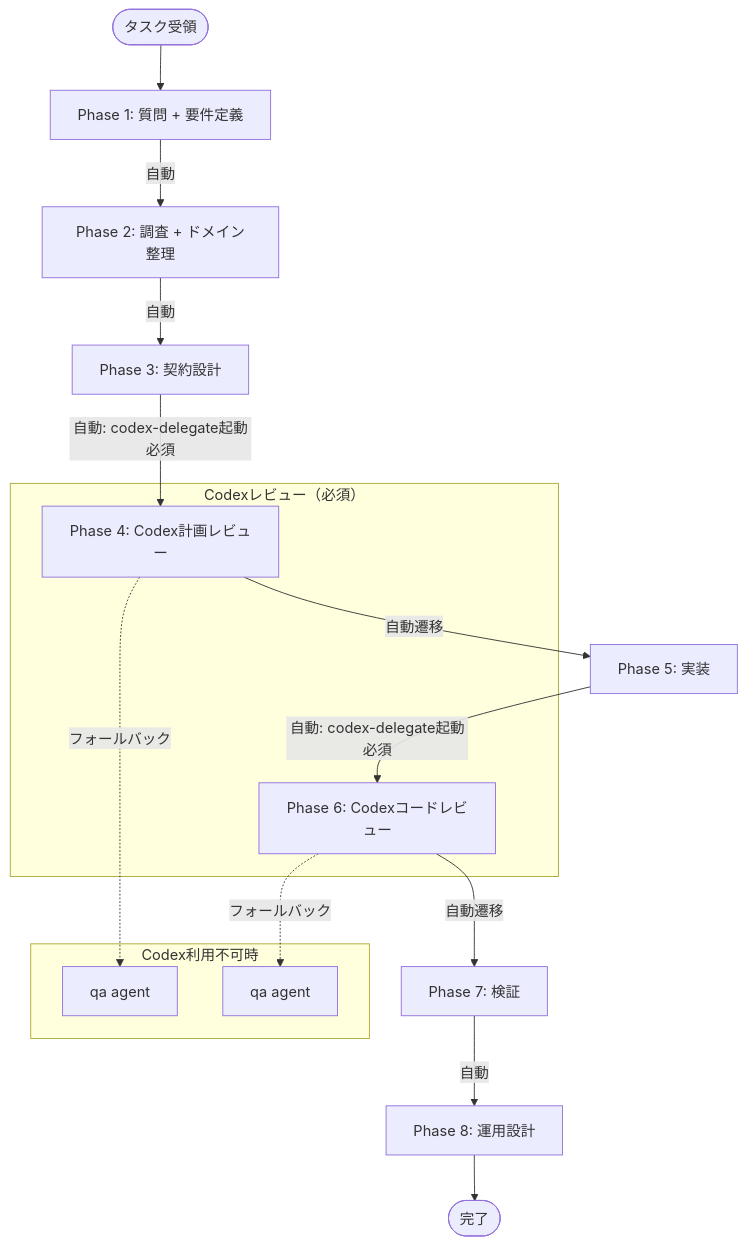
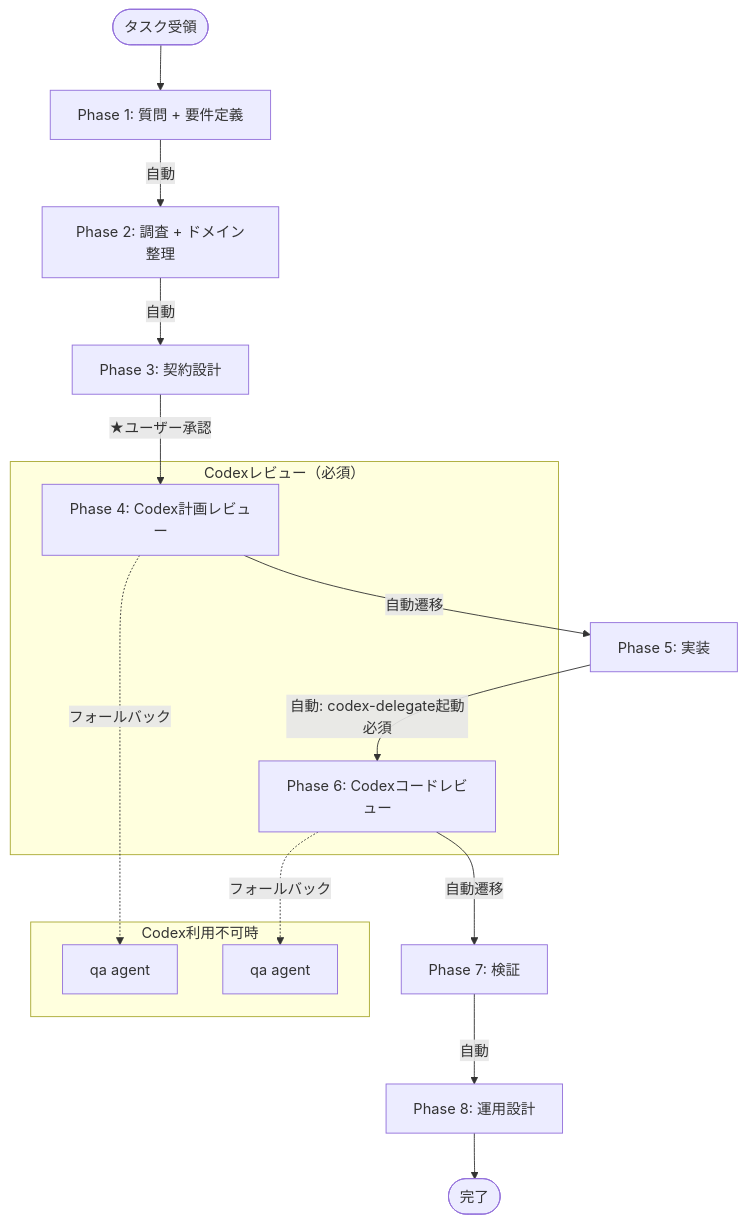
The first of 10 diagrams in docs/workflow-flow.md (tasai-lab/fractal-dev-workflow), drawn with Mermaid before and after one commit. The commit also changed other lines of this file and 3 other files, not shown here.

````diff
--- a/docs/workflow-flow.md
+++ b/docs/workflow-flow.md
@@ -9,22 +9,22 @@
 ```mermaid
 flowchart TD
     START([タスク受領]) --> Q[Phase 1: 質問 + 要件定義]
     Q -->|自動| INV[Phase 2: 調査 + ドメイン整理]
     INV -->|自動| DES[Phase 3: 契約設計]
-    DES -->|自動: codex-delegate起動必須| CR1[Phase 4: Codex計画レビュー]
+    DES -->|★ユーザー承認| CR1[Phase 4: Codex計画レビュー]
     CR1 -->|自動遷移| IMP[Phase 5: 実装]
     IMP -->|自動: codex-delegate起動必須| CR2[Phase 6: Codexコードレビュー]
     CR2 -->|自動遷移| VER[Phase 7: 検証]
     VER -->|自動| OPS[Phase 8: 運用設計]
     OPS --> END([完了])
 
     subgraph "Codexレビュー（必須）"
         CR1
         CR2
     end
 
     subgraph "Codex利用不可時"
         CR1 -.->|フォールバック| QA1[qa agent]
         CR2 -.->|フォールバック| QA2[qa agent]
     end
 ```
````
